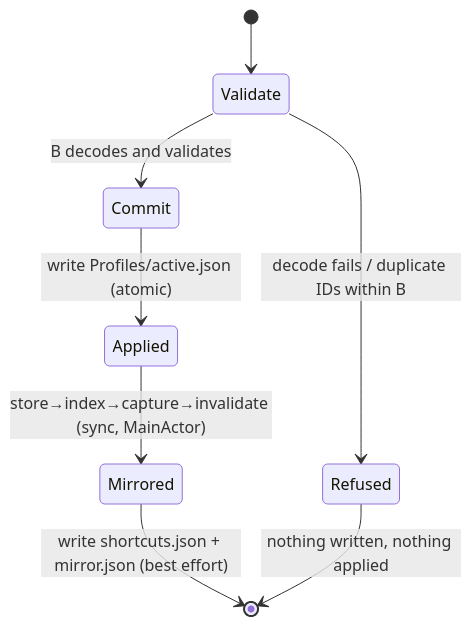
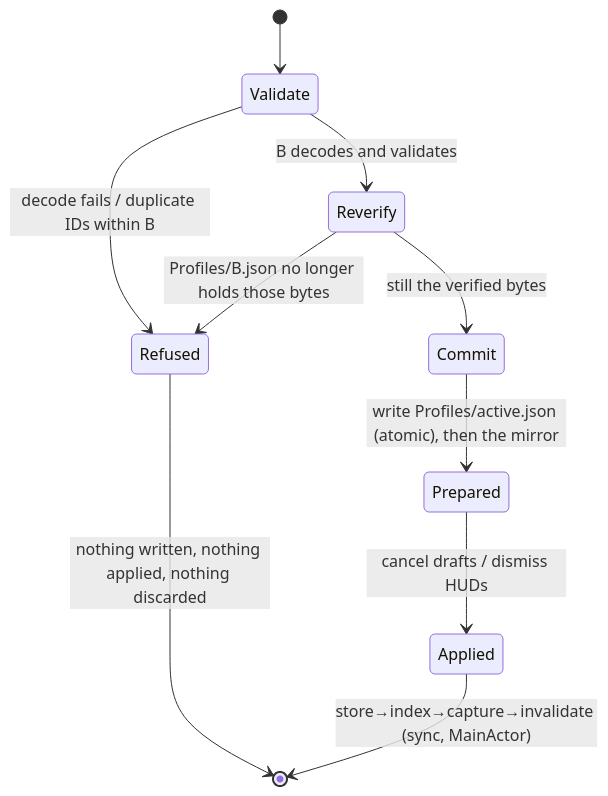
The diagram in docs/superpowers/specs/2026-08-10-shortcut-profiles-v1-design.md (xrf9268-hue/Wink), drawn with Mermaid before and after one commit. The commit also changed other lines of this file, not shown here.

First line of the commit message:
docs: every normative sequence puts preparation after the commit

````diff
--- a/docs/superpowers/specs/2026-08-10-shortcut-profiles-v1-design.md
+++ b/docs/superpowers/specs/2026-08-10-shortcut-profiles-v1-design.md
@@ -550,10 +550,12 @@
 ```mermaid
 stateDiagram-v2
     [*] --> Validate
     Validate --> Refused: decode fails / duplicate IDs within B
-    Validate --> Commit: B decodes and validates
-    Commit --> Applied: write Profiles/active.json (atomic)
-    Applied --> Mirrored: store→index→capture→invalidate (sync, MainActor)
-    Mirrored --> [*]: write shortcuts.json + mirror.json (best effort)
-    Refused --> [*]: nothing written, nothing applied
+    Validate --> Reverify: B decodes and validates
+    Reverify --> Refused: Profiles/B.json no longer holds those bytes
+    Reverify --> Commit: still the verified bytes
+    Commit --> Prepared: write Profiles/active.json (atomic), then the mirror
+    Prepared --> Applied: cancel drafts / dismiss HUDs
+    Applied --> [*]: store→index→capture→invalidate (sync, MainActor)
+    Refused --> [*]: nothing written, nothing applied, nothing discarded
 ```
````
